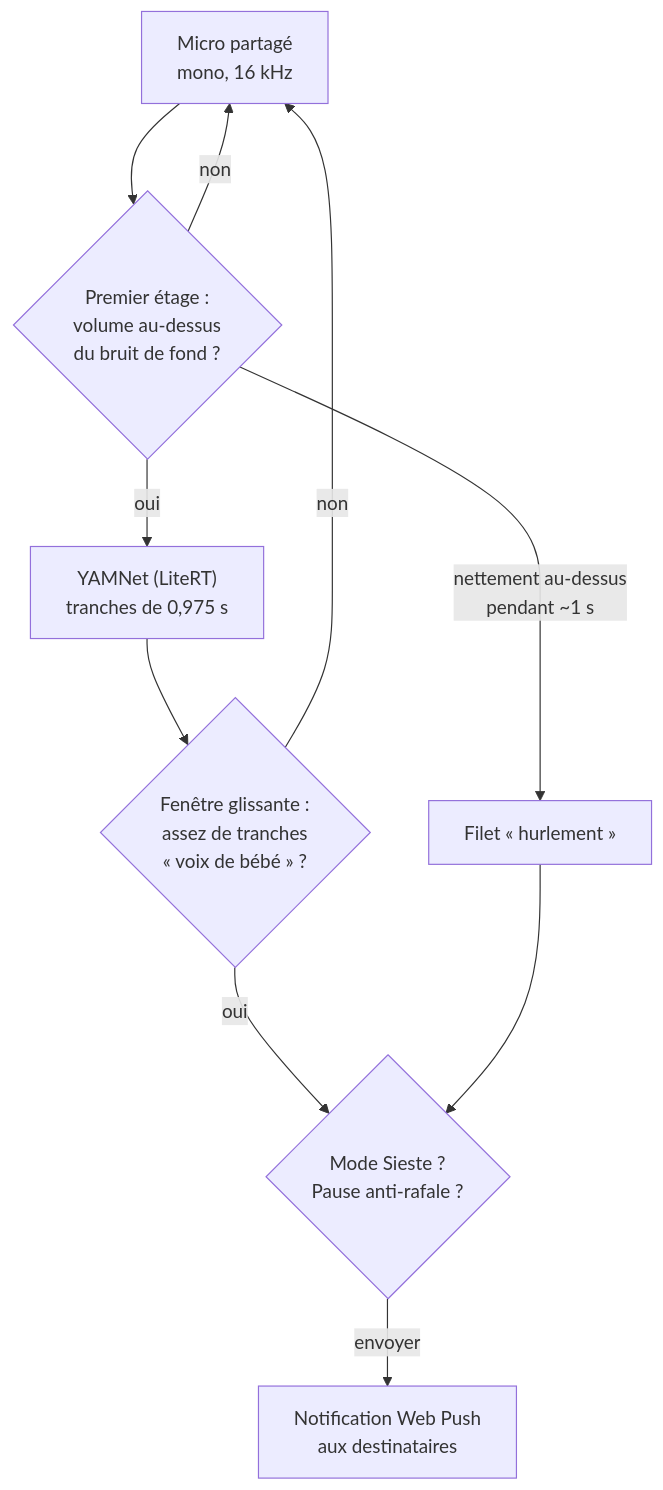
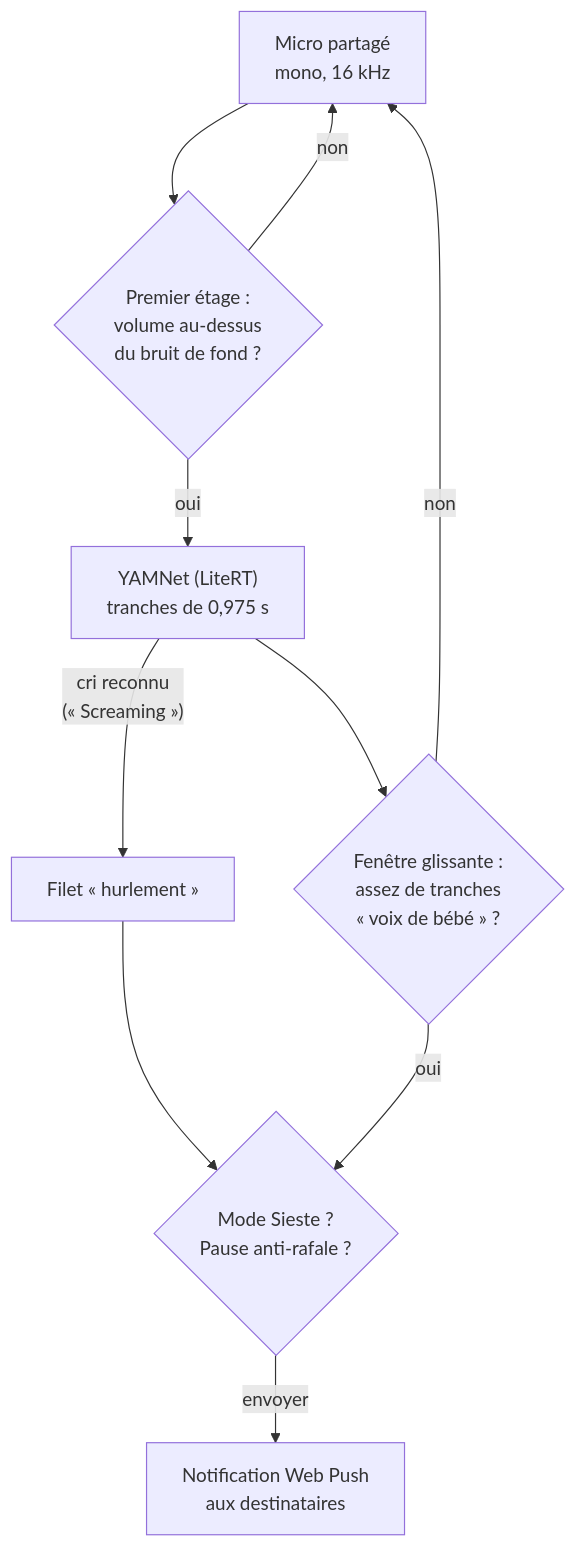
One commit to riderflo85/marmotte changed the third of 6 diagrams in docs/technique/choix-techniques-et-architecture.md. Above: the diagram before and after it, drawn with Mermaid. The commit also changed other lines of this file and 171 other files, not shown here.

````diff
--- a/docs/technique/choix-techniques-et-architecture.md
+++ b/docs/technique/choix-techniques-et-architecture.md
@@ -233,12 +233,12 @@
 ```mermaid
 flowchart TB
     A["Micro partagé<br/>mono, 16 kHz"] --> B{"Premier étage :<br/>volume au-dessus<br/>du bruit de fond ?"}
     B -- non --> A
     B -- oui --> C["YAMNet (LiteRT)<br/>tranches de 0,975 s"]
-    B -- "nettement au-dessus<br/>pendant ~1 s" --> H["Filet « hurlement »"]
+    C -- "cri reconnu<br/>(« Screaming »)" --> H["Filet « hurlement »"]
     C --> E{"Fenêtre glissante :<br/>assez de tranches<br/>« voix de bébé » ?"}
     E -- oui --> F{"Mode Sieste ?<br/>Pause anti-rafale ?"}
     H --> F
     F -- "envoyer" --> N["Notification Web Push<br/>aux destinataires"]
     E -- non --> A
 ```
````
